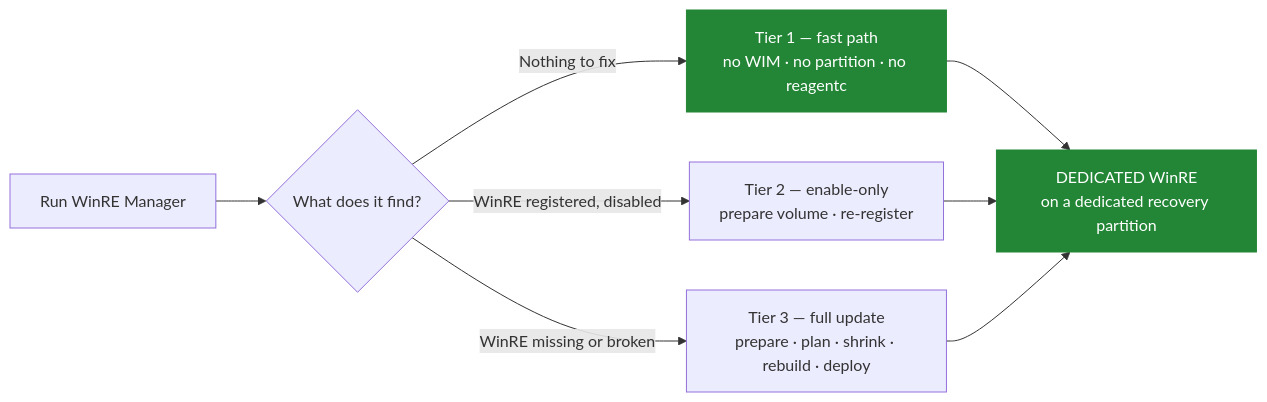
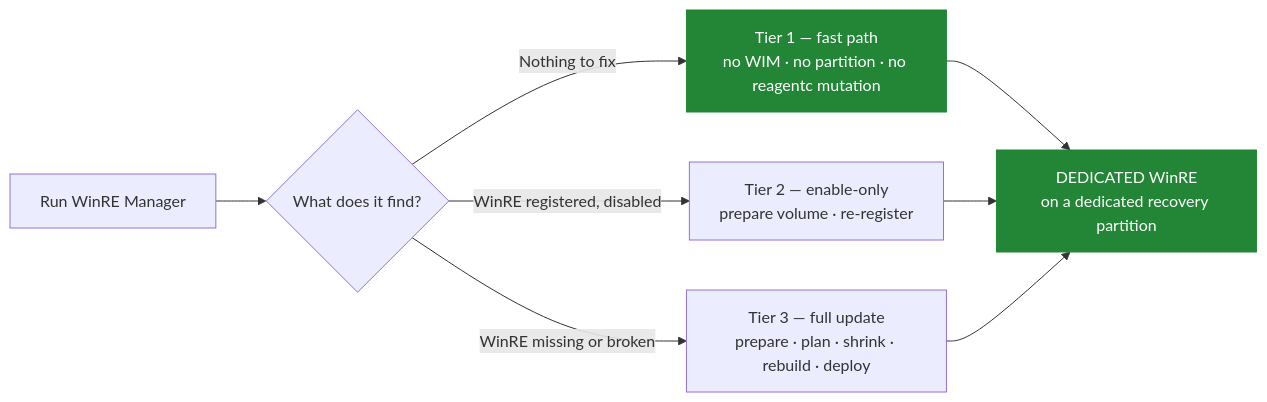
One commit to ArthurJDurand/WinRE-Manager changed the second of 2 diagrams in README.md. Above: the diagram before and after it, drawn with Mermaid. The commit also changed other lines of this file and 1 other file, not shown here.

````diff
--- a/README.md
+++ b/README.md
@@ -108,13 +146,13 @@
 ```mermaid
 flowchart LR
     Start["Run WinRE Manager"] --> Check{"What does it find?"}
-    Check -->|"Nothing to fix"| Fast["Tier 1 — fast path<br/>no WIM · no partition · no reagentc"]
+    Check -->|"Nothing to fix"| Fast["Tier 1 — fast path<br/>no WIM · no partition · no reagentc mutation"]
     Check -->|"WinRE registered, disabled"| Enable["Tier 2 — enable-only<br/>prepare volume · re-register"]
     Check -->|"WinRE missing or broken"| Full["Tier 3 — full update<br/>prepare · plan · shrink · rebuild · deploy"]
     Fast --> End["DEDICATED WinRE<br/>on a dedicated recovery partition"]
     Enable --> End
     Full --> End
 
     style Fast fill:#238636,stroke:#238636,color:#fff
     style End fill:#238636,stroke:#238636,color:#fff
 ```
````
